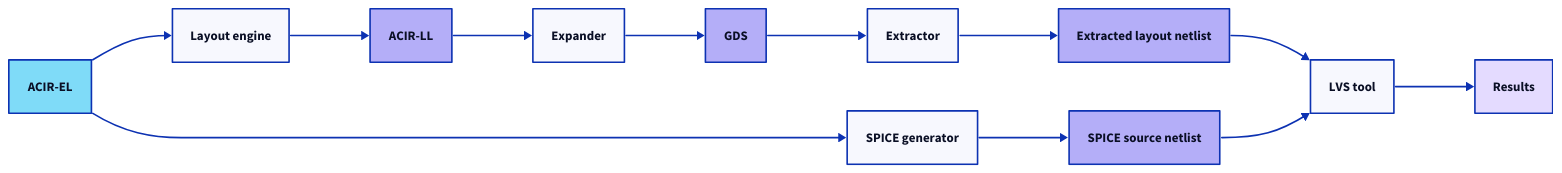
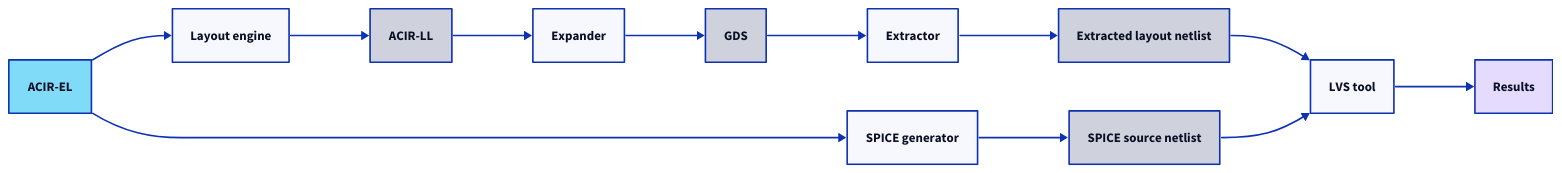
Before and after one commit to daniellovell/cascode: the diagram in docs/rfcs/resources/0001/lvs.d2, drawn with D2. The commit also changed 9 other files, not shown here.

```diff
--- a/docs/rfcs/resources/0001/lvs.d2
+++ b/docs/rfcs/resources/0001/lvs.d2
@@ -1,23 +1,23 @@
 direction: right
 
-acir_ll: "ACIR-LL" {style.fill: "#b4aef8"}
+acir_ll: "ACIR-LL" {style.fill: "#cfd2dd"}
 expander: "Expander"
-gds: "GDS" {style.fill: "#b4aef8"}
+gds: "GDS" {style.fill: "#cfd2dd"}
 
 acir_el: "ACIR-EL" {style.fill: "#7fdbf8"}
 layout_engine: "Layout engine"
 spicegen: "SPICE generator"
-spice_source_netlist: "SPICE source netlist" {style.fill: "#b4aef8"}
+spice_source_netlist: "SPICE source netlist" {style.fill: "#cfd2dd"}
 
 extractor: "Extractor"
-layout_netlist: "Extracted layout netlist" {style.fill: "#b4aef8"}
+layout_netlist: "Extracted layout netlist" {style.fill: "#cfd2dd"}
 
 lvs: "LVS tool"
 results: "Results" {style.fill: "#e4dbff"}
 
 acir_ll -> expander -> gds
 gds -> extractor -> layout_netlist -> lvs
 
 acir_el -> layout_engine -> acir_ll
 acir_el -> spicegen -> spice_source_netlist -> lvs
 lvs -> results
```
